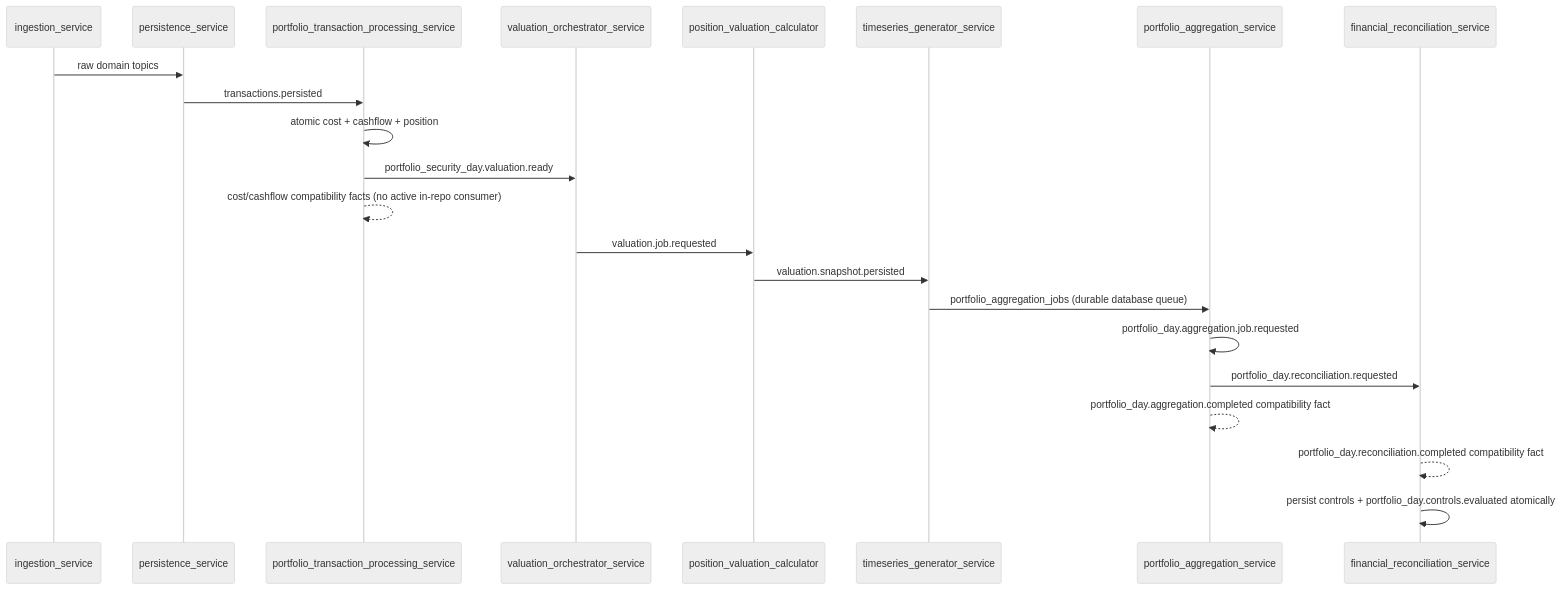
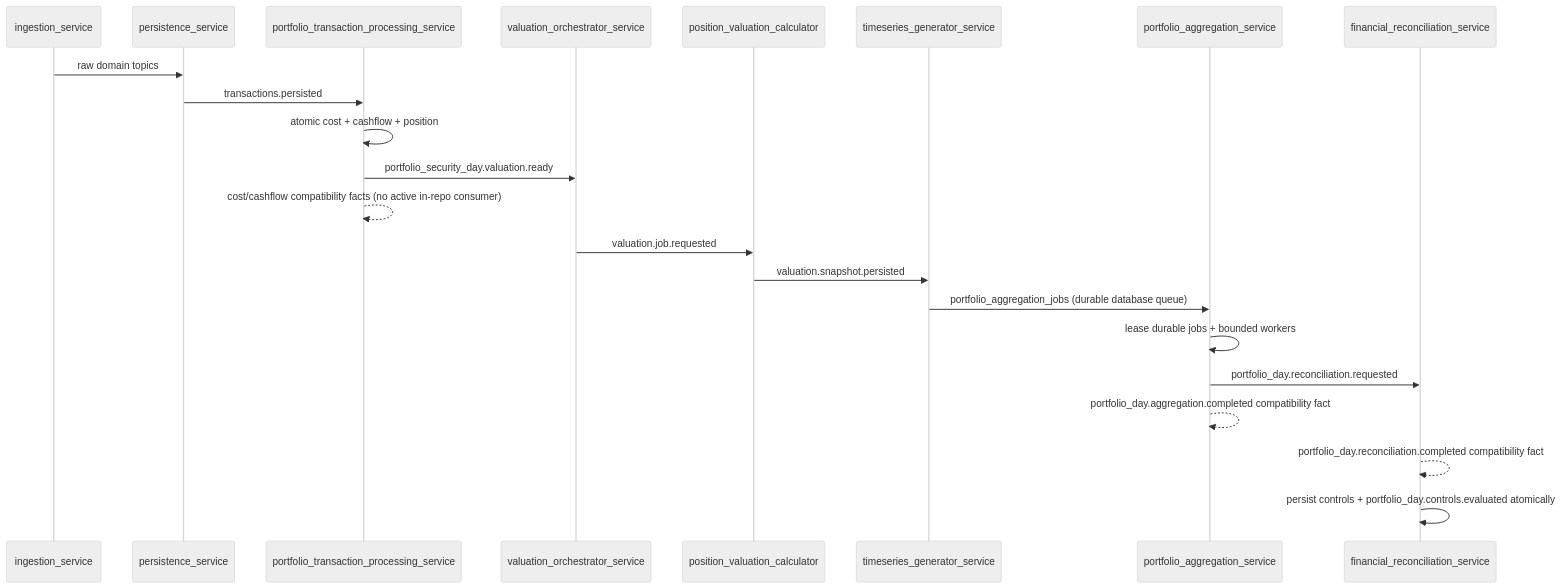
Before and after one commit to sgajbi/lotus-core: the third of 3 diagrams in docs/architecture/current-state-architecture-map.md, drawn with Mermaid (neutral theme). The commit also changed 9 other files, not shown here.

First line of the commit message:
docs(aggregation): align durable worker runtime truth

````diff
--- a/docs/architecture/current-state-architecture-map.md
+++ b/docs/architecture/current-state-architecture-map.md
@@ -172,25 +172,25 @@
 ```mermaid
 sequenceDiagram
     participant Ingest as ingestion_service
     participant Persist as persistence_service
     participant Txn as portfolio_transaction_processing_service
     participant ValOrch as valuation_orchestrator_service
     participant Val as position_valuation_calculator
     participant Ts as timeseries_generator_service
     participant Agg as portfolio_aggregation_service
     participant Recon as financial_reconciliation_service
 
     Ingest->>Persist: raw domain topics
     Persist->>Txn: transactions.persisted
     Txn->>Txn: atomic cost + cashflow + position
     Txn->>ValOrch: portfolio_security_day.valuation.ready
     Txn-->>Txn: cost/cashflow compatibility facts (no active in-repo consumer)
     ValOrch->>Val: valuation.job.requested
     Val->>Ts: valuation.snapshot.persisted
     Ts->>Agg: portfolio_aggregation_jobs (durable database queue)
-    Agg->>Agg: portfolio_day.aggregation.job.requested
+    Agg->>Agg: lease durable jobs + bounded workers
     Agg->>Recon: portfolio_day.reconciliation.requested
     Agg-->>Agg: portfolio_day.aggregation.completed compatibility fact
     Recon-->>Recon: portfolio_day.reconciliation.completed compatibility fact
     Recon->>Recon: persist controls + portfolio_day.controls.evaluated atomically
 ```
````
